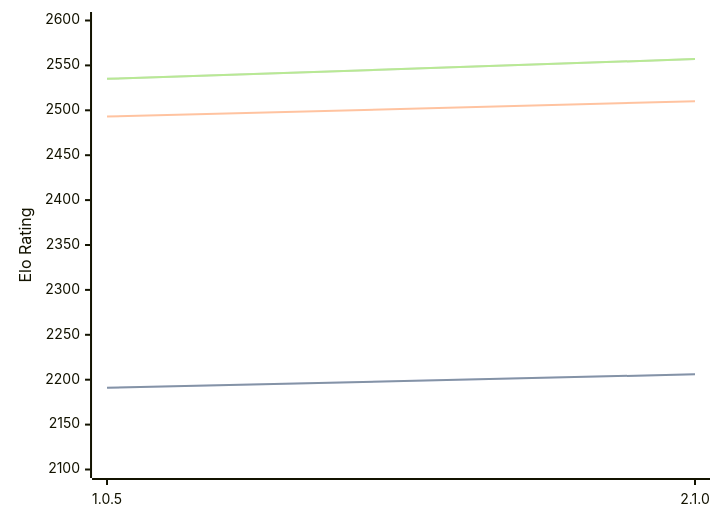
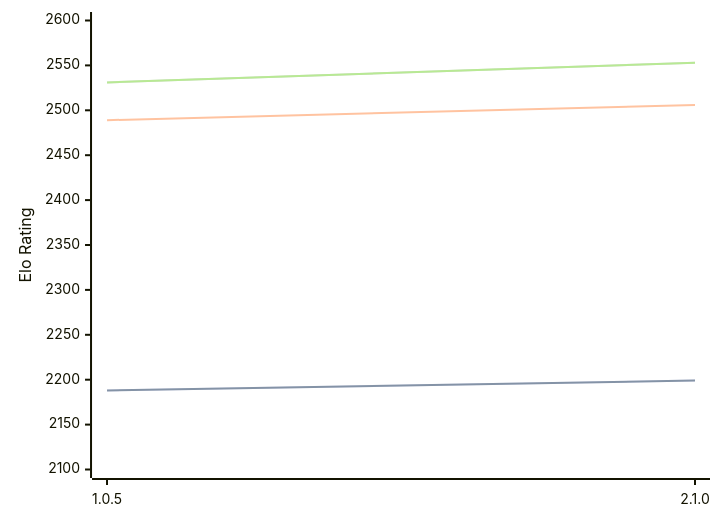
Before and after one commit to computer-chess-index/cci: the diagram in engines/Ruffian.md, drawn with Mermaid. The commit also changed other lines of this file, not shown here.

Commit message:
Update CCI Ratings (ELO VLTC) - 2026-05-18

````diff
--- a/engines/Ruffian.md
+++ b/engines/Ruffian.md
@@ -32,11 +32,11 @@
 ```mermaid
 %%{init: {"theme":"base","themeVariables":{"seriesColors:['#a3a3a3','#222221','#faa371']}}}%%
 xychart-beta
   x-axis ["1.0.5", "2.1.0"]
   y-axis "Elo Rating" 2100 --> 2600
-  line "STC (8.0+0.08s)" [2191, 2206]
-  line "STC (8.0+0.08s)" [2191, 2206]
-  line "LTC (60.0+0.60s)" [2493, 2510]
-  line "VLTC (2m24s+1.12s)" [2535, 2557]
-  line "VLTC (2m24s+1.12s)" [2535, 2557]
+  line "STC (8.0+0.08s)" [2188, 2199]
+  line "STC (8.0+0.08s)" [2188, 2199]
+  line "LTC (60.0+0.60s)" [2489, 2506]
+  line "VLTC (2m24s+1.12s)" [2531, 2553]
+  line "VLTC (2m24s+1.12s)" [2531, 2553]
 ```
````
